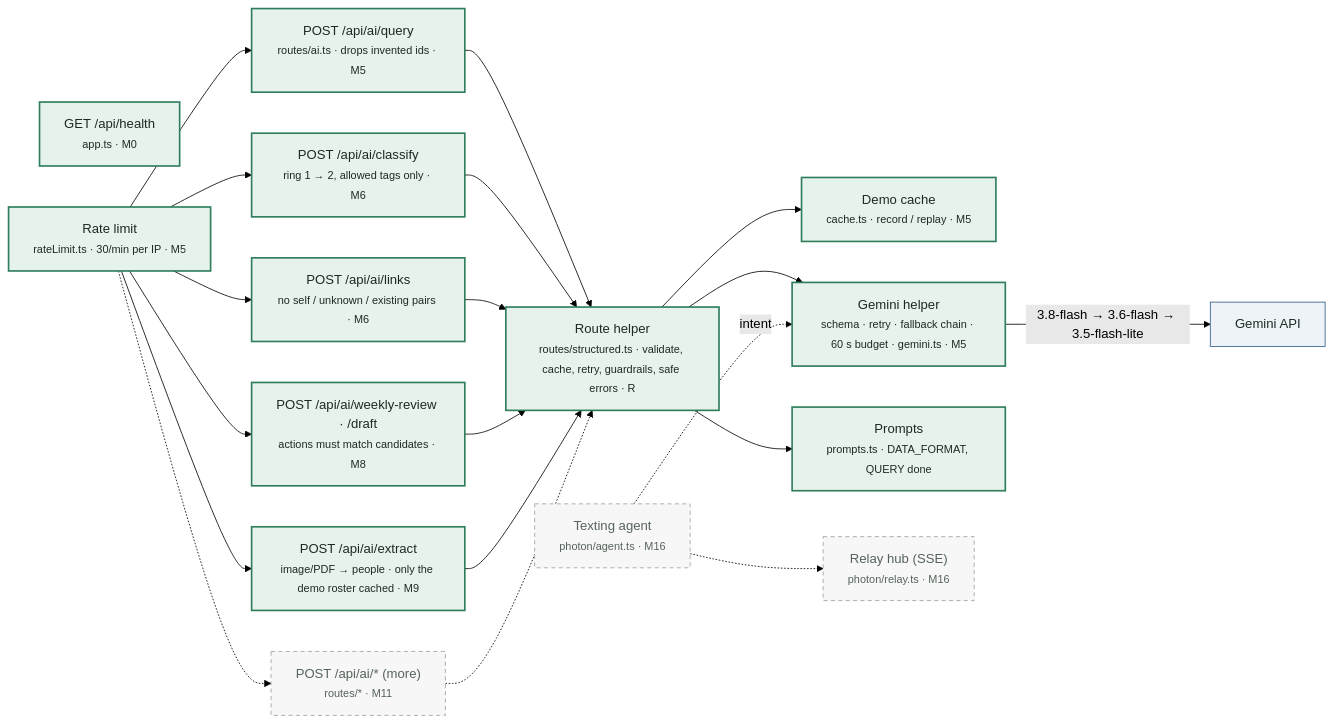
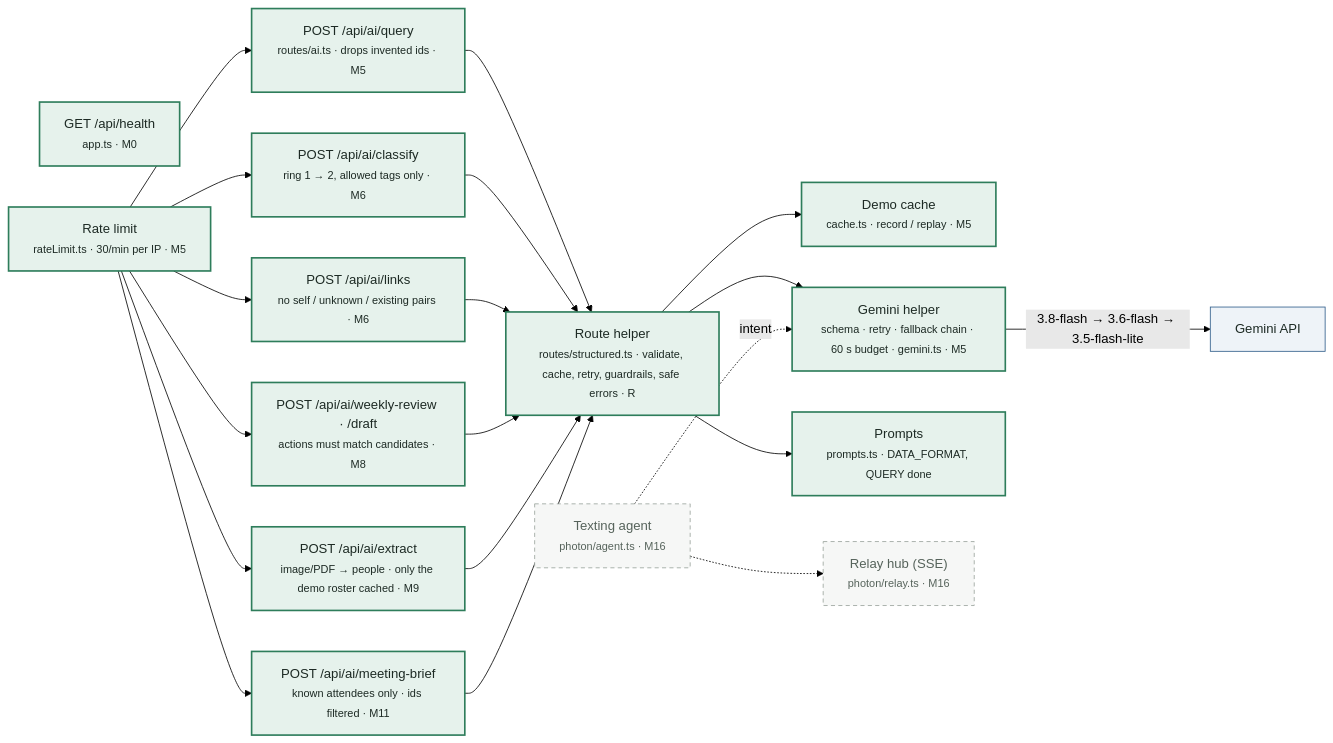
The third of 3 diagrams in docs/ARCHITECTURE.md (trafwel/ConnectWork), drawn with Mermaid (forest theme) before and after one commit. The commit also changed other lines of this file and 18 other files, not shown here.

First line of the commit message:
M11: Google Calendar (browser only), meeting strip and prep card

````diff
--- a/docs/ARCHITECTURE.md
+++ b/docs/ARCHITECTURE.md
@@ -129,41 +133,41 @@
 ```mermaid
 flowchart LR
   Health["GET /api/health<br/><small>app.ts · M0</small>"]:::built
   Limit["Rate limit<br/><small>rateLimit.ts · 30/min per IP · M5</small>"]:::built
   Query["POST /api/ai/query<br/><small>routes/ai.ts · drops invented ids · M5</small>"]:::built
   Classify["POST /api/ai/classify<br/><small>ring 1 → 2, allowed tags only · M6</small>"]:::built
   Links["POST /api/ai/links<br/><small>no self / unknown / existing pairs · M6</small>"]:::built
   WeeklyR["POST /api/ai/weekly-review · /draft<br/><small>actions must match candidates · M8</small>"]:::built
   Extract["POST /api/ai/extract<br/><small>image/PDF → people · only the demo roster cached · M9</small>"]:::built
-  Routes["POST /api/ai/* (more)<br/><small>routes/* · M11</small>"]:::planned
+  Brief["POST /api/ai/meeting-brief<br/><small>known attendees only · ids filtered · M11</small>"]:::built
   Helper["Route helper<br/><small>routes/structured.ts · validate, cache, retry, guardrails, safe errors · R</small>"]:::built
   Cache["Demo cache<br/><small>cache.ts · record / replay · M5</small>"]:::built
   GeminiH["Gemini helper<br/><small>schema · retry · fallback chain · 60 s budget · gemini.ts · M5</small>"]:::built
   Prompts["Prompts<br/><small>prompts.ts · DATA_FORMAT, QUERY done</small>"]:::built
   Agent["Texting agent<br/><small>photon/agent.ts · M16</small>"]:::planned
   Hub["Relay hub (SSE)<br/><small>photon/relay.ts · M16</small>"]:::planned
   Gemini["Gemini API"]:::external
 
   Limit --> Query
   Limit --> Classify
   Limit --> Links
   Limit --> WeeklyR
   Limit --> Extract
-  Limit -.-> Routes
+  Limit --> Brief
   Query --> Helper
   Classify --> Helper
   Links --> Helper
   WeeklyR --> Helper
   Extract --> Helper
-  Routes -.-> Helper
+  Brief --> Helper
   Helper --> Cache
   Helper --> GeminiH
   Helper --> Prompts
   GeminiH -->|"3.8-flash → 3.6-flash → 3.5-flash-lite"| Gemini
   Agent -.->|"intent"| GeminiH
   Agent -.-> Hub
 
   classDef built fill:#e6f2ec,stroke:#2e7d5b,stroke-width:2px,color:#1d2a24;
   classDef planned fill:#f6f7f6,stroke:#9aa39c,stroke-dasharray:5 4,color:#56635b;
   classDef external fill:#eef3f8,stroke:#2f5d8a,color:#1d2a24;
 ```
````
